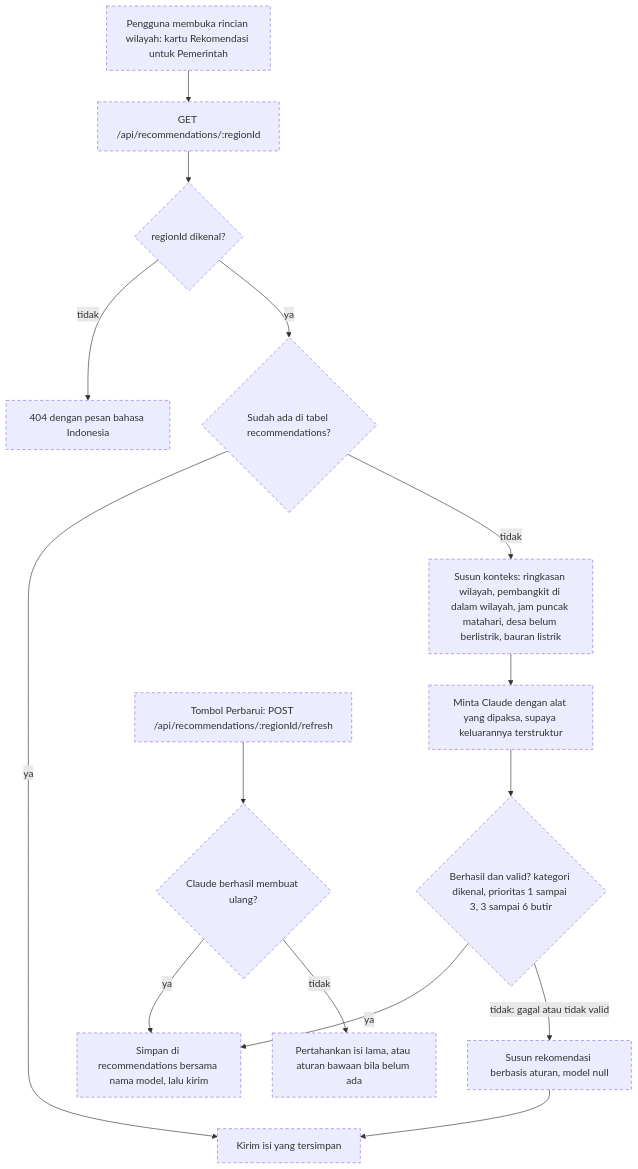
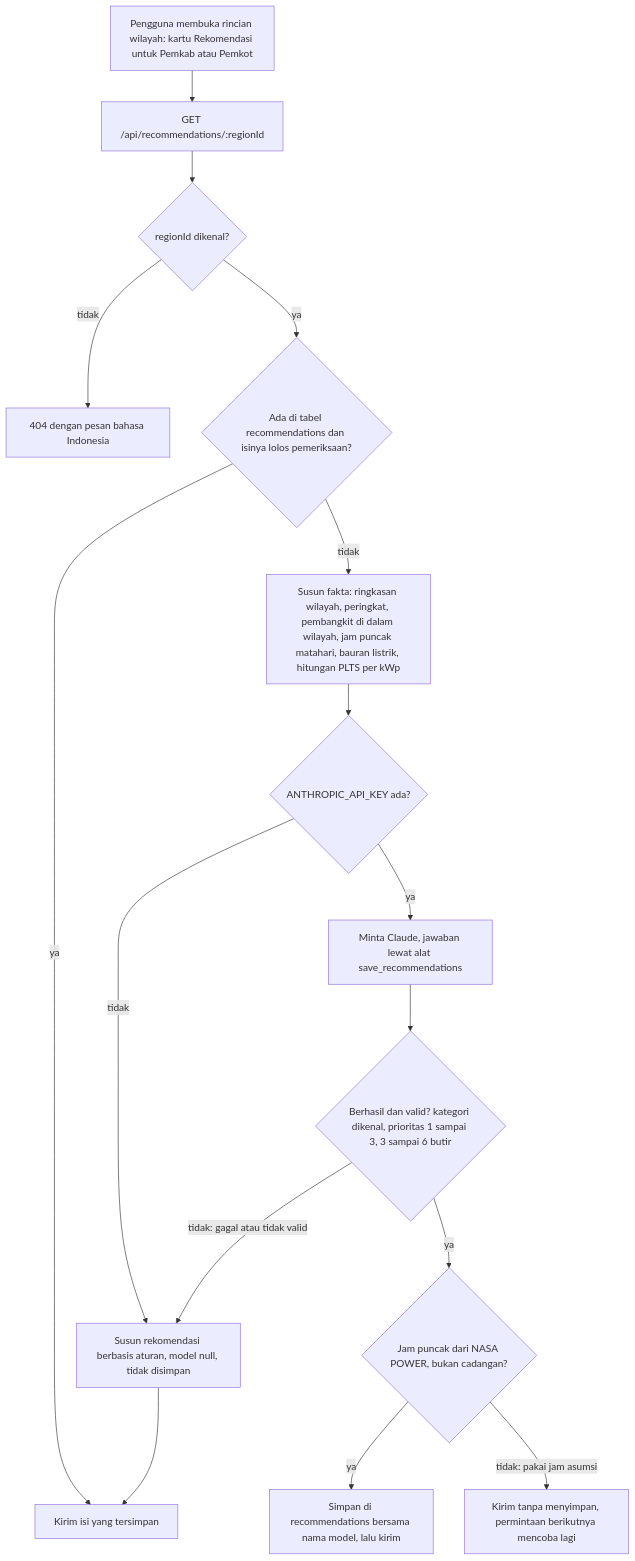
Before and after one commit to akhmadqasim/malas-ngoding: the sixth of 7 diagrams in docs/technical/flows.md, drawn with Mermaid. The commit also changed other lines of this file and 8 other files, not shown here.

````diff
--- a/docs/technical/flows.md
+++ b/docs/technical/flows.md
@@ -221,20 +229,18 @@
 ```mermaid
 flowchart TD
-  A["Pengguna membuka rincian wilayah: kartu Rekomendasi untuk Pemerintah"] --> B["GET /api/recommendations/:regionId"]
+  A["Pengguna membuka rincian wilayah: kartu Rekomendasi untuk Pemkab atau Pemkot"] --> B["GET /api/recommendations/:regionId"]
   B --> C{"regionId dikenal?"}
   C -->|tidak| C1["404 dengan pesan bahasa Indonesia"]
-  C -->|ya| D{"Sudah ada di tabel recommendations?"}
+  C -->|ya| D{"Ada di tabel recommendations dan isinya lolos pemeriksaan?"}
   D -->|ya| Z["Kirim isi yang tersimpan"]
-  D -->|tidak| E["Susun konteks: ringkasan wilayah, pembangkit di dalam wilayah, jam puncak matahari, desa belum berlistrik, bauran listrik"]
-  E --> F["Minta Claude dengan alat yang dipaksa, supaya keluarannya terstruktur"]
+  D -->|tidak| E["Susun fakta: ringkasan wilayah, peringkat, pembangkit di dalam wilayah, jam puncak matahari, bauran listrik, hitungan PLTS per kWp"]
+  E --> K{"ANTHROPIC_API_KEY ada?"}
+  K -->|tidak| I
+  K -->|ya| F["Minta Claude, jawaban lewat alat save_recommendations"]
   F --> G{"Berhasil dan valid? kategori dikenal, prioritas 1 sampai 3, 3 sampai 6 butir"}
-  G -->|ya| H["Simpan di recommendations bersama nama model, lalu kirim"]
-  G -->|"tidak: gagal atau tidak valid"| I["Susun rekomendasi berbasis aturan, model null"]
+  G -->|ya| W{"Jam puncak dari NASA POWER, bukan cadangan?"}
+  W -->|ya| H["Simpan di recommendations bersama nama model, lalu kirim"]
+  W -->|"tidak: pakai jam asumsi"| H2["Kirim tanpa menyimpan, permintaan berikutnya mencoba lagi"]
+  G -->|"tidak: gagal atau tidak valid"| I["Susun rekomendasi berbasis aturan, model null, tidak disimpan"]
   I --> Z
-  R["Tombol Perbarui: POST /api/recommendations/:regionId/refresh"] --> S{"Claude berhasil membuat ulang?"}
-  S -->|ya| H
-  S -->|tidak| T["Pertahankan isi lama, atau aturan bawaan bila belum ada"]
-
-  classDef pending stroke-dasharray: 5 4
-  class A,B,C,C1,D,E,F,G,H,I,R,S,T,Z pending
 ```
````
